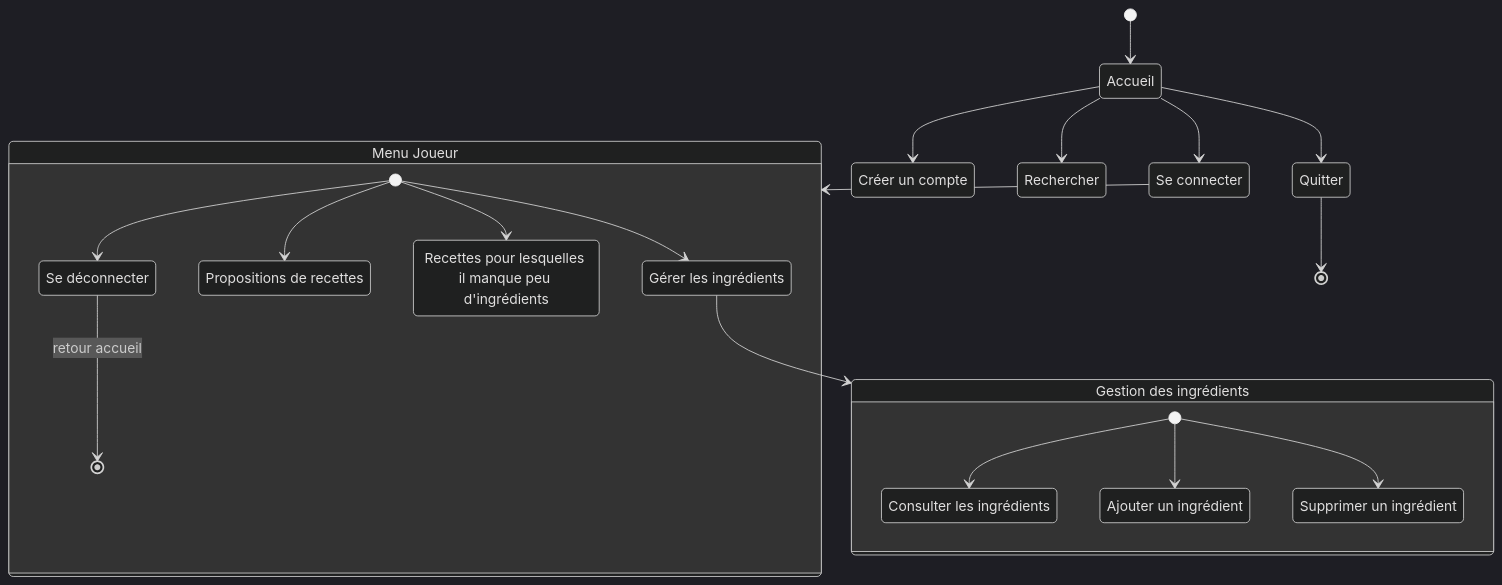
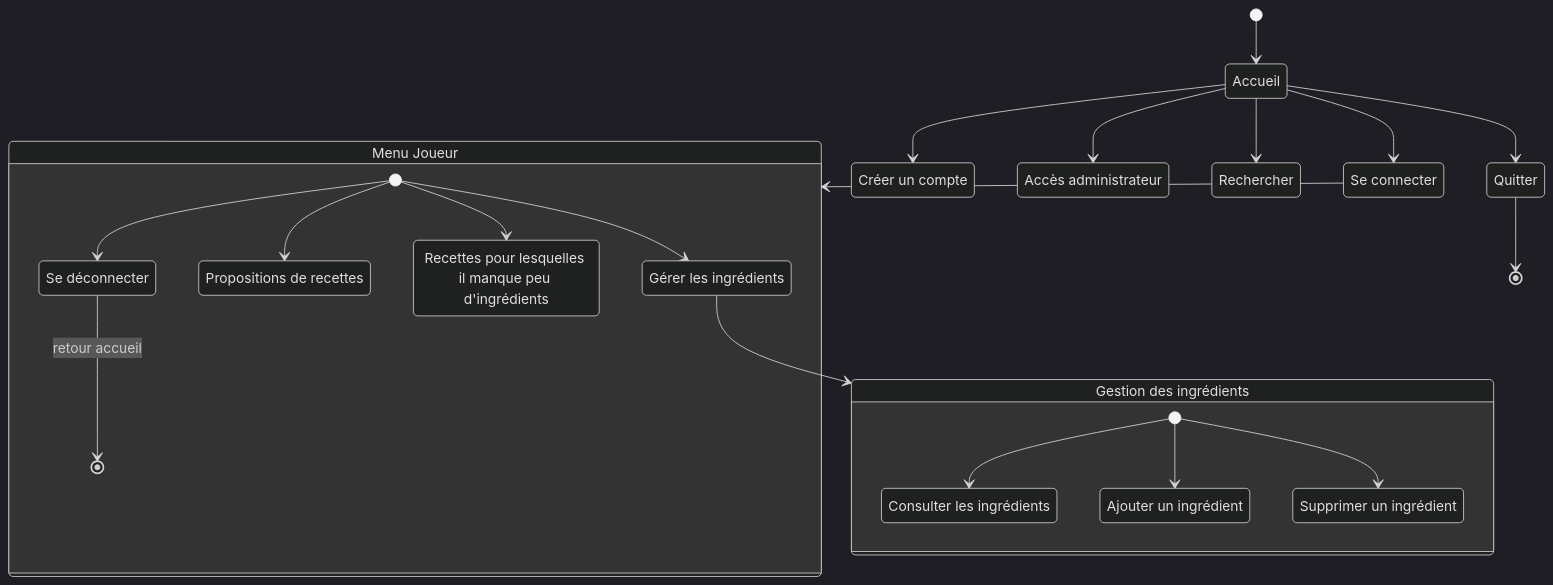
The diagram in doc/diag_activites.md (bbrunel/ENSAI-2A-projet-info), drawn with Mermaid (dark theme) before and after one commit.

Commit message:
"Ajout accès administrateur diag"

````diff
--- a/doc/diag_activites.md
+++ b/doc/diag_activites.md
@@ -19,43 +19,46 @@
 ```mermaid
 stateDiagram
     login : Se connecter
     menu_joueur : Menu Joueur
     menu_ingr : Gestion des ingrédients
     logon : Créer un compte
     gerer_ingr : Gérer les ingrédients
     Consulter_les_ingrédients : Consulter les ingrédients
     Ajouter_un_ingrédient : Ajouter un ingrédient
     Supprimer_un_ingrédient : Supprimer un ingrédient
     recettes : Propositions de recettes
     rec_ingr_manquant : Recettes pour lesquelles il manque peu d'ingrédients
     logout : Se déconnecter
+    admin : Accès administrateur
     
     [*] --> Accueil
-    
-    Accueil --> Rechercher
 
     Accueil --> login
     login --> menu_joueur
     
+    Accueil --> Rechercher
+    
     Accueil --> logon
+
+    Accueil --> admin
     
     Accueil --> Quitter
     Quitter --> [*]
     
     state menu_joueur {
     	[*] --> gerer_ingr
       [*] --> recettes
       [*] --> rec_ingr_manquant
     	[*] --> logout
       logout --> [*]:retour accueil
     }
 
   gerer_ingr --> menu_ingr
 
     state menu_ingr {
       [*] --> Consulter_les_ingrédients
       [*] --> Ajouter_un_ingrédient
       [*] --> Supprimer_un_ingrédient
         
     }
 ```
````
